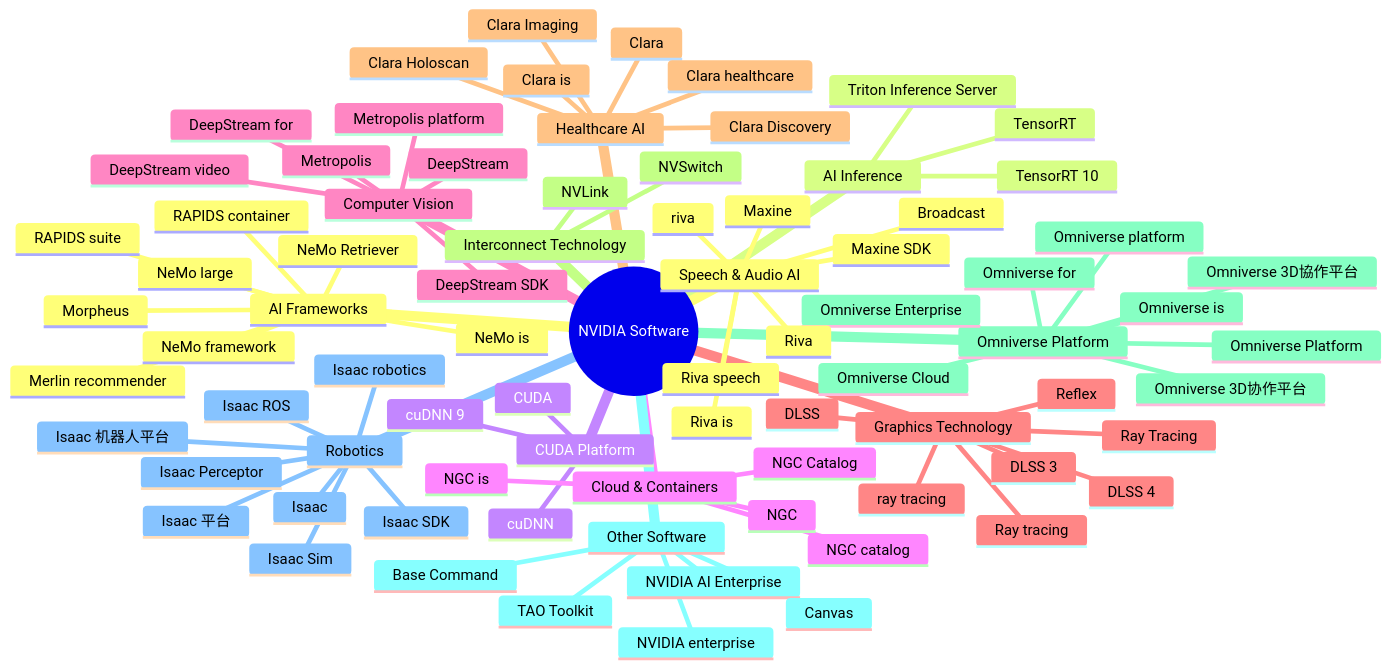
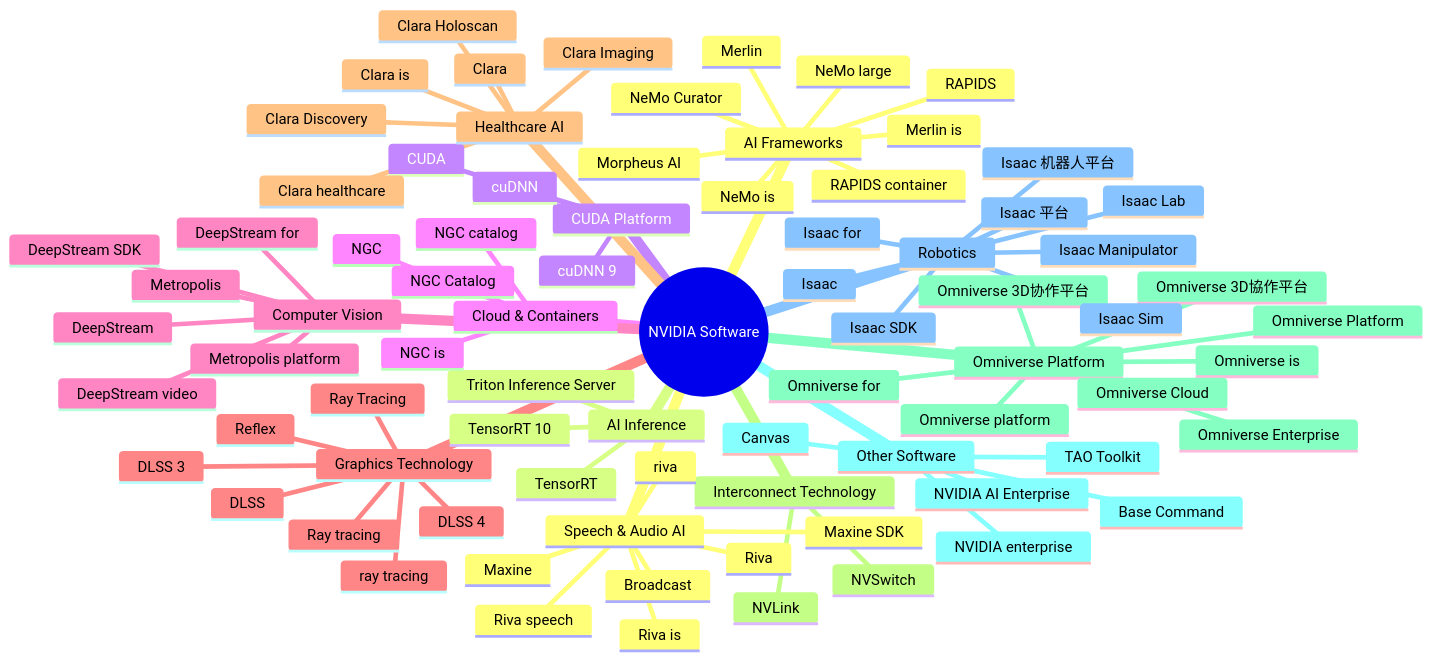
The fifth of 5 diagrams in output/nvidia_ecosystem_diagrams.md (chenxingqiang/Nvidia-Software-Ecosystem), drawn with Mermaid before and after one commit. The commit also changed other lines of this file and 5 other files, not shown here.

````diff
--- a/output/nvidia_ecosystem_diagrams.md
+++ b/output/nvidia_ecosystem_diagrams.md
@@ -121,82 +121,82 @@
 mindmap
   root((NVIDIA Software))
     AI Frameworks
+      NeMo large
+      RAPIDS
+      Merlin is
+      RAPIDS container
       NeMo is
-      RAPIDS container
-      NeMo framework
-      NeMo Retriever
-      Morpheus
-      NeMo large
-      Merlin recommender
-      RAPIDS suite
+      Morpheus AI
+      Merlin
+      NeMo Curator
     AI Inference
+      Triton Inference Server
+      TensorRT
       TensorRT 10
-      TensorRT
-      Triton Inference Server
     CUDA Platform
       CUDA
+      cuDNN 9
       cuDNN
-      cuDNN 9
     Cloud & Containers
-      NGC Catalog
       NGC catalog
       NGC
+      NGC Catalog
       NGC is
     Computer Vision
       Metropolis
-      DeepStream SDK
+      DeepStream for
+      DeepStream
       DeepStream video
       Metropolis platform
-      DeepStream for
-      DeepStream
+      DeepStream SDK
     Graphics Technology
-      DLSS 3
-      Reflex
-      ray tracing
       Ray Tracing
+      DLSS
       DLSS 4
       Ray tracing
-      DLSS
+      DLSS 3
+      ray tracing
+      Reflex
     Healthcare AI
+      Clara healthcare
+      Clara Discovery
       Clara
-      Clara healthcare
+      Clara Imaging
       Clara Holoscan
-      Clara Imaging
-      Clara Discovery
       Clara is
     Interconnect Technology
+      NVSwitch
       NVLink
-      NVSwitch
     Omniverse Platform
       Omniverse platform
       Omniverse is
+      Omniverse Platform
+      Omniverse Enterprise
+      Omniverse Cloud
+      Omniverse for
       Omniverse 3D協作平台
-      Omniverse Platform
-      Omniverse Cloud
-      Omniverse Enterprise
-      Omniverse for
       Omniverse 3D协作平台
     Other Software
-      Base Command
+      Canvas
       NVIDIA enterprise
       TAO Toolkit
       NVIDIA AI Enterprise
-      Canvas
+      Base Command
     Robotics
-      Isaac robotics
+      Isaac
+      Isaac Lab
+      Isaac SDK
+      Isaac Manipulator
+      Isaac for
+      Isaac 平台
       Isaac 机器人平台
-      Isaac 平台
-      Isaac Perceptor
-      Isaac SDK
       Isaac Sim
-      Isaac ROS
-      Isaac
     Speech & Audio AI
-      Riva is
-      riva
       Maxine SDK
       Maxine
       Broadcast
+      Riva speech
+      riva
       Riva
-      Riva speech
+      Riva is
 ```
````
